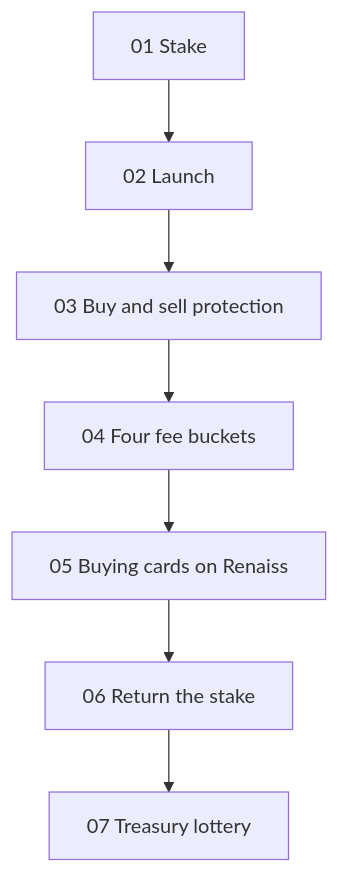
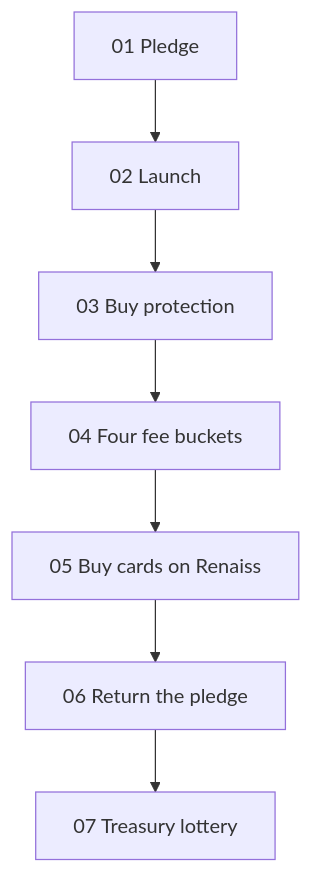
Before and after one commit to tcahub/tca-docs: the diagram in 02-mechanism.md, drawn with Mermaid. The commit also changed other lines of this file and 10 other files, not shown here.

````diff
--- a/02-mechanism.md
+++ b/02-mechanism.md
@@ -5,9 +5,9 @@
 ```mermaid
 flowchart TD
-  stake[01 Stake] --> launch[02 Launch]
-  launch --> protect[03 Buy and sell protection]
+  pledge[01 Pledge] --> launch[02 Launch]
+  launch --> protect[03 Buy protection]
   protect --> fees[04 Four fee buckets]
-  fees --> cards[05 Buying cards on Renaiss]
-  cards --> returnStake[06 Return the stake]
-  returnStake --> lottery[07 Treasury lottery]
+  fees --> cards[05 Buy cards on Renaiss]
+  cards --> returnPledge[06 Return the pledge]
+  returnPledge --> lottery[07 Treasury lottery]
 ```
````
